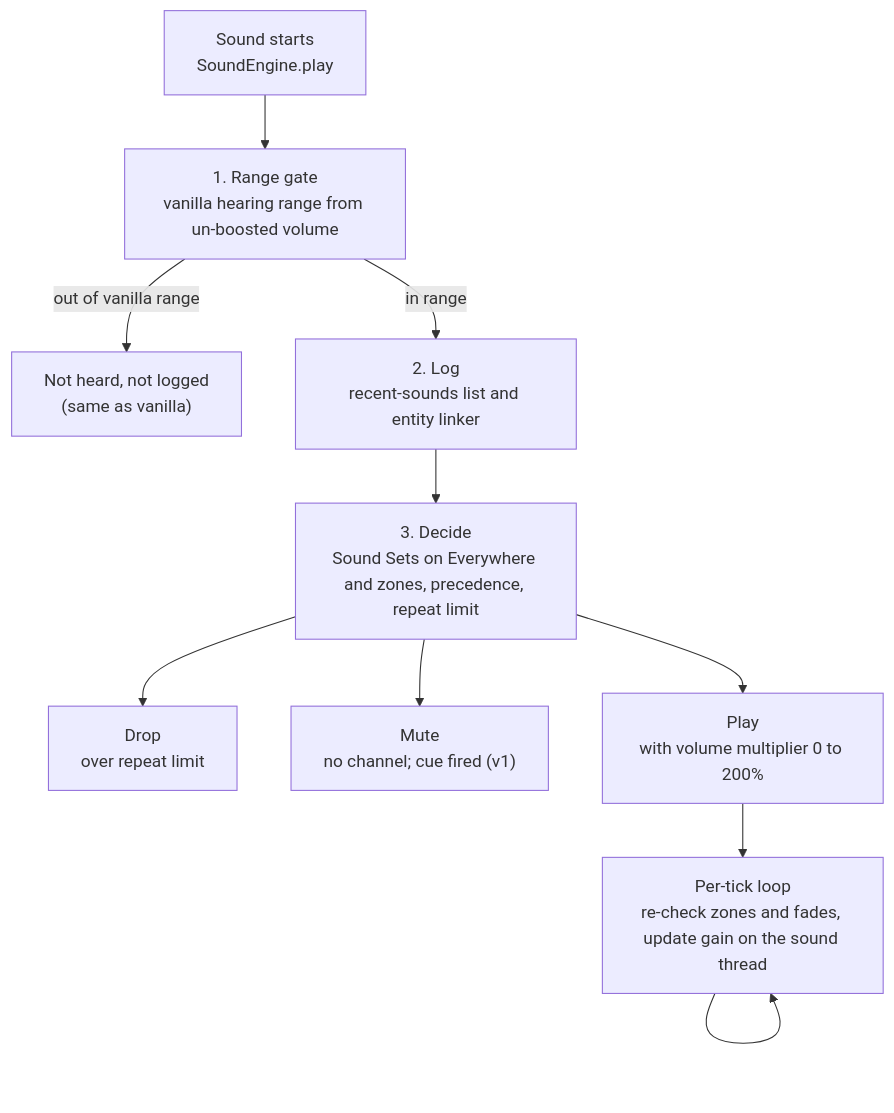
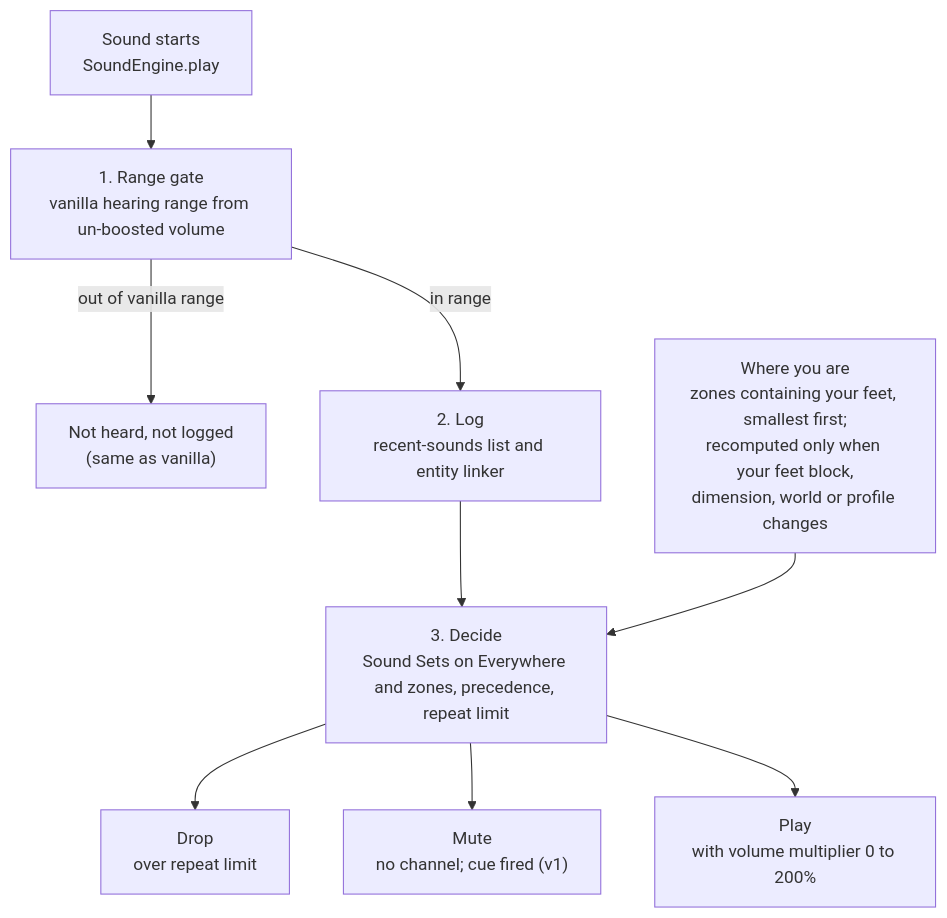
One commit to jekitchen/mc-sound-sculptor changed the diagram in docs/PRD.md. Above: the diagram before and after it, drawn with Mermaid. The commit also changed other lines of this file, not shown here.

First line of the commit message:
PRD: zones follow where you stand

````diff
--- a/docs/PRD.md
+++ b/docs/PRD.md
@@ -590,12 +591,11 @@
 ```mermaid
 flowchart TD
     A["Sound starts<br/>SoundEngine.play"] --> B["1. Range gate<br/>vanilla hearing range from un-boosted volume"]
     B -->|out of vanilla range| X["Not heard, not logged<br/>(same as vanilla)"]
     B -->|in range| C["2. Log<br/>recent-sounds list and entity linker"]
     C --> D["3. Decide<br/>Sound Sets on Everywhere and zones, precedence, repeat limit"]
     D --> O1["Drop<br/>over repeat limit"]
     D --> O2["Mute<br/>no channel; cue fired (v1)"]
     D --> O3["Play<br/>with volume multiplier 0 to 200%"]
-    O3 --> T["Per-tick loop<br/>re-check zones and fades, update gain on the sound thread"]
-    T --> T
+    W["Where you are<br/>zones containing your feet, smallest first;<br/>recomputed only when your feet block,<br/>dimension, world or profile changes"] --> D
 ```
````
